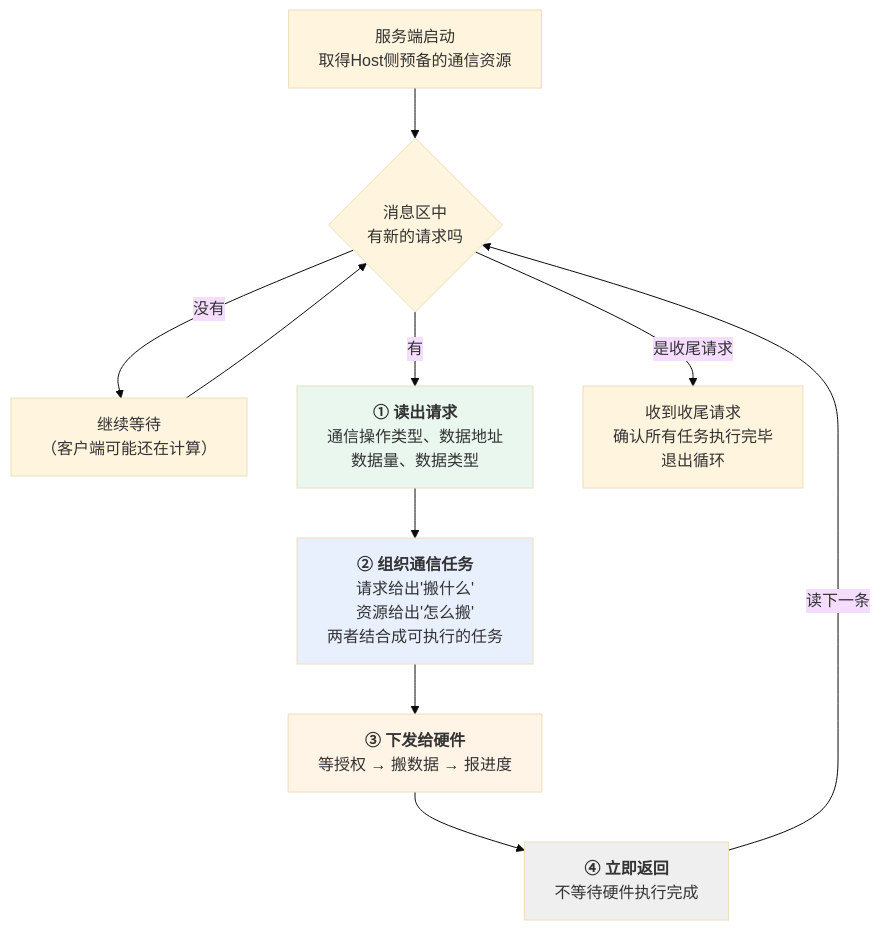
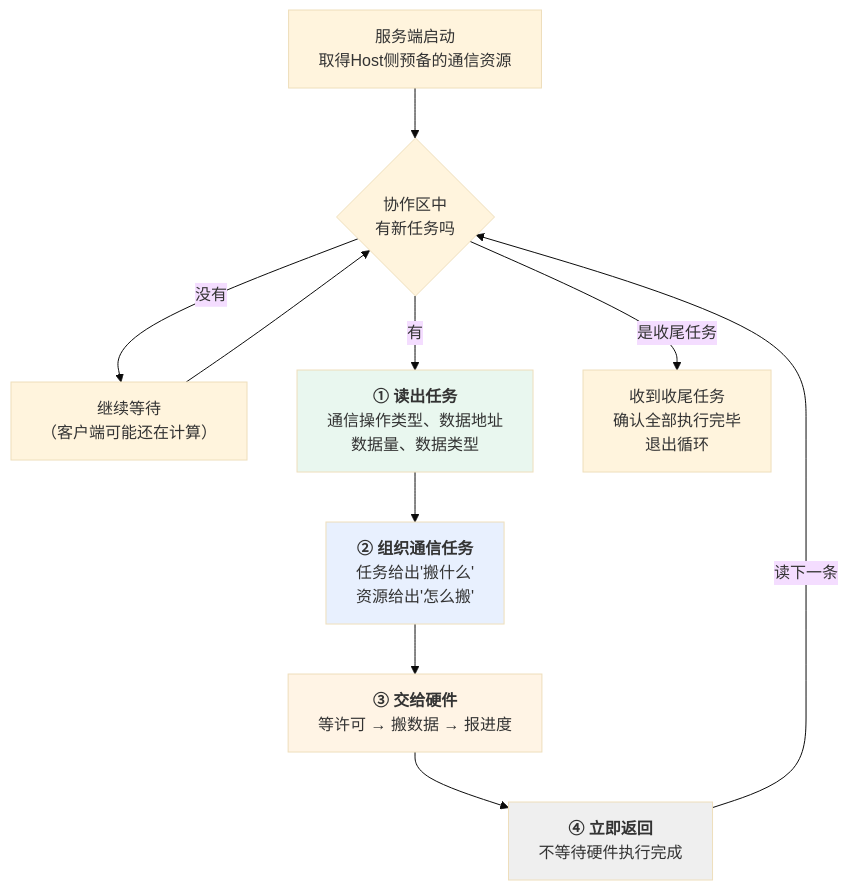
One commit to Atlas-Ascend-Fork/asc-comm changed the fifth of 7 diagrams in docs/zh/编程模型/MC2编程模型/通信模型.md. Above: the diagram before and after it, drawn with Mermaid (base theme). The commit also changed other lines of this file and 1 other file, not shown here.

````diff
--- a/docs/zh/编程模型/MC2编程模型/通信模型.md
+++ b/docs/zh/编程模型/MC2编程模型/通信模型.md
@@ -388,24 +420,24 @@
 ```mermaid
 flowchart TB
     START["服务端启动<br/>取得Host侧预备的通信资源"]
-    CHECK{"消息区中<br/>有新的请求吗"}
+    CHECK{"协作区中<br/>有新任务吗"}
     WAIT["继续等待<br/>（客户端可能还在计算）"]
-    READ["<b>① 读出请求</b><br/>通信操作类型、数据地址<br/>数据量、数据类型"]
-    BUILD["<b>② 组织通信任务</b><br/>请求给出'搬什么'<br/>资源给出'怎么搬'<br/>两者结合成可执行的任务"]
-    ISSUE["<b>③ 下发给硬件</b><br/>等授权 → 搬数据 → 报进度"]
+    READ["<b>① 读出任务</b><br/>通信操作类型、数据地址<br/>数据量、数据类型"]
+    BUILD["<b>② 组织通信任务</b><br/>任务给出'搬什么'<br/>资源给出'怎么搬'"]
+    ISSUE["<b>③ 交给硬件</b><br/>等许可 → 搬数据 → 报进度"]
     BACK["<b>④ 立即返回</b><br/>不等待硬件执行完成"]
-    FIN["收到收尾请求<br/>确认所有任务执行完毕<br/>退出循环"]
+    FIN["收到收尾任务<br/>确认全部执行完毕<br/>退出循环"]
 
     START --> CHECK
     CHECK -->|"没有"| WAIT
     WAIT --> CHECK
     CHECK -->|"有"| READ
     READ --> BUILD --> ISSUE --> BACK
     BACK -->|"读下一条"| CHECK
-    CHECK -->|"是收尾请求"| FIN
+    CHECK -->|"是收尾任务"| FIN
 
     style READ fill:#e9f7ef
     style BUILD fill:#e8f0fe
     style ISSUE fill:#fff4e5
     style BACK fill:#efefef
 ```
````
